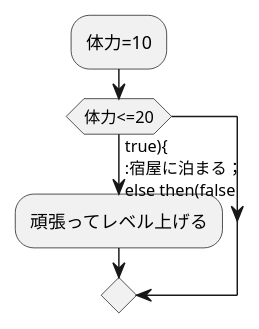
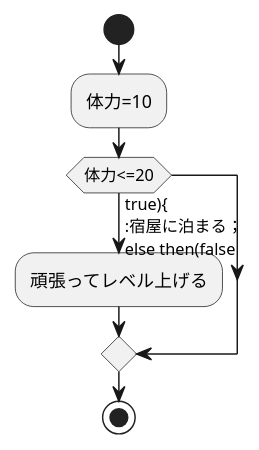
The diagram in kadai.md (Aso2001397/2021sys-design), drawn with PlantUML before and after one commit.

````diff
--- a/kadai.md
+++ b/kadai.md
@@ -1,8 +1,11 @@
 ```uml
 @startuml
+start
 :体力=10;
 if(体力<=20)then(true){
 :宿屋に泊まる；
 else then(false)
 :頑張ってレベル上げる;
+endif
+stop
 ```
````
